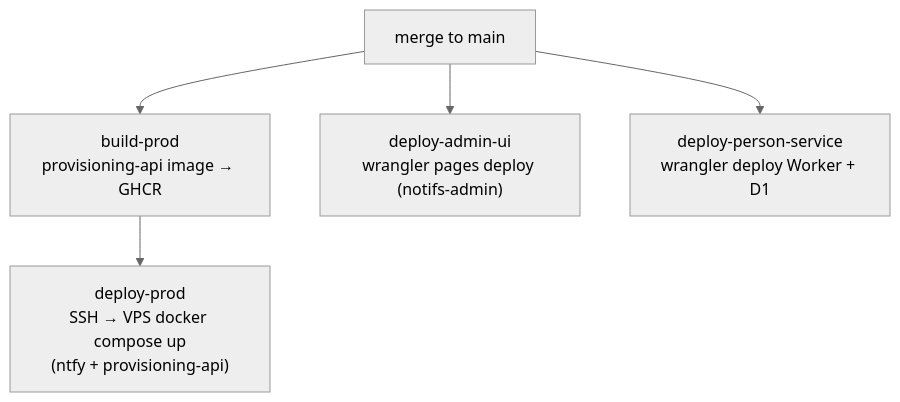
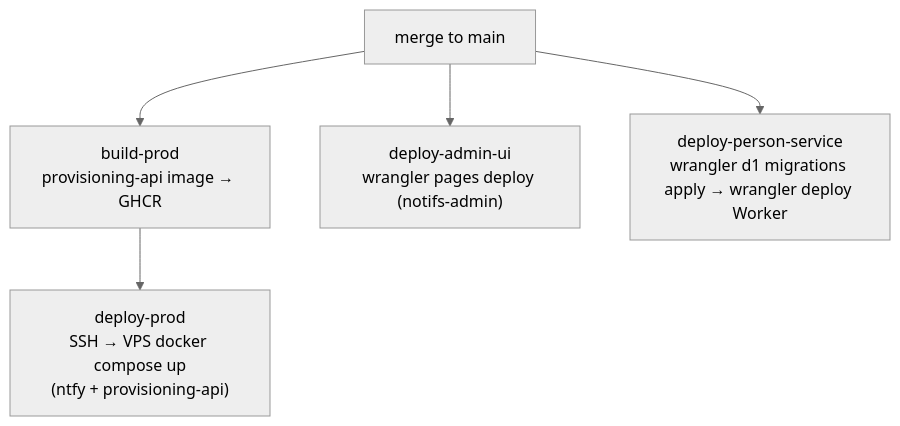
Before and after one commit to 4IRL/4irl-notifs: the fourth of 4 diagrams in ARCHITECTURE.md, drawn with Mermaid (neutral theme). The commit also changed other lines of this file and 42 other files, not shown here.

````diff
--- a/ARCHITECTURE.md
+++ b/ARCHITECTURE.md
@@ -194,7 +211,7 @@
 ```mermaid
 graph TD
   M["merge to main"] --> B["build-prod<br/>provisioning-api image → GHCR"]
   B --> D1J["deploy-prod<br/>SSH → VPS docker compose up<br/>(ntfy + provisioning-api)"]
   M --> D2["deploy-admin-ui<br/>wrangler pages deploy (notifs-admin)"]
-  M --> D3["deploy-person-service<br/>wrangler deploy Worker + D1"]
+  M --> D3["deploy-person-service<br/>wrangler d1 migrations apply → wrangler deploy Worker"]
 ```
````
